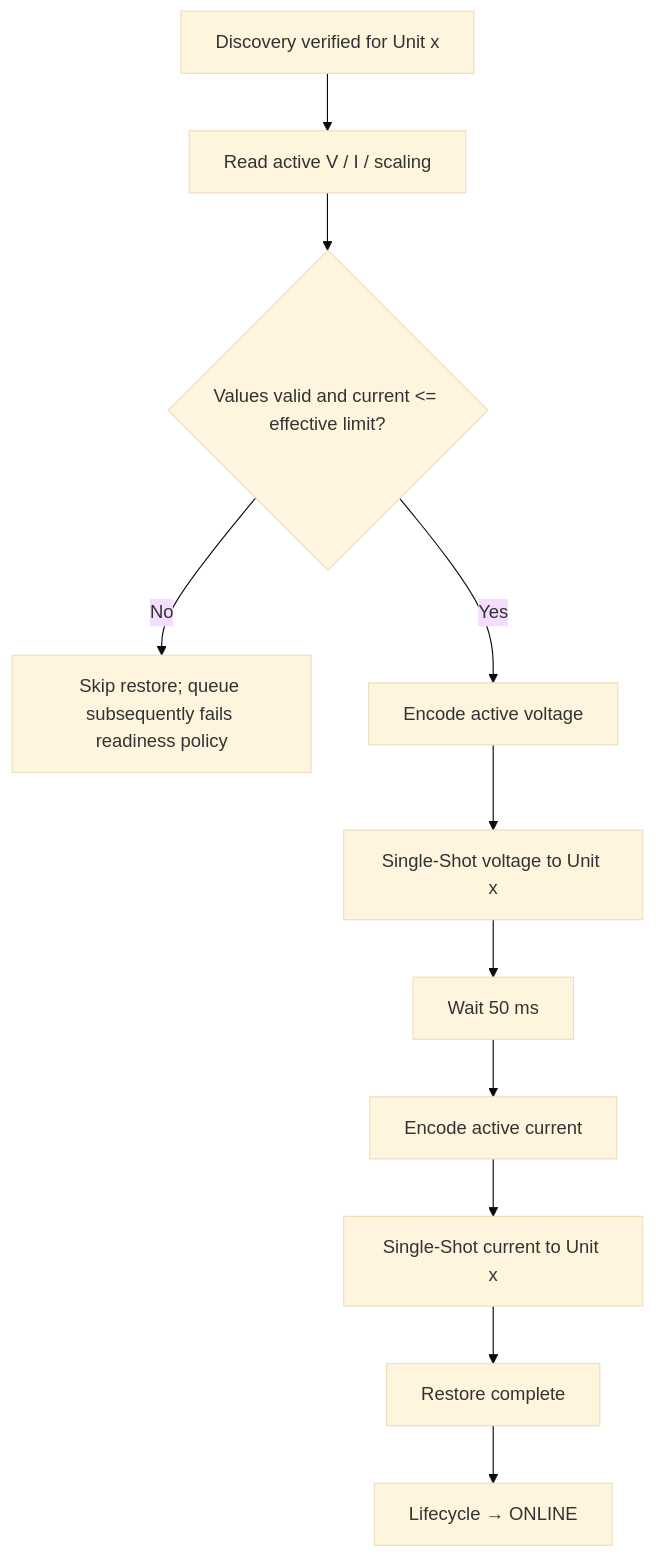
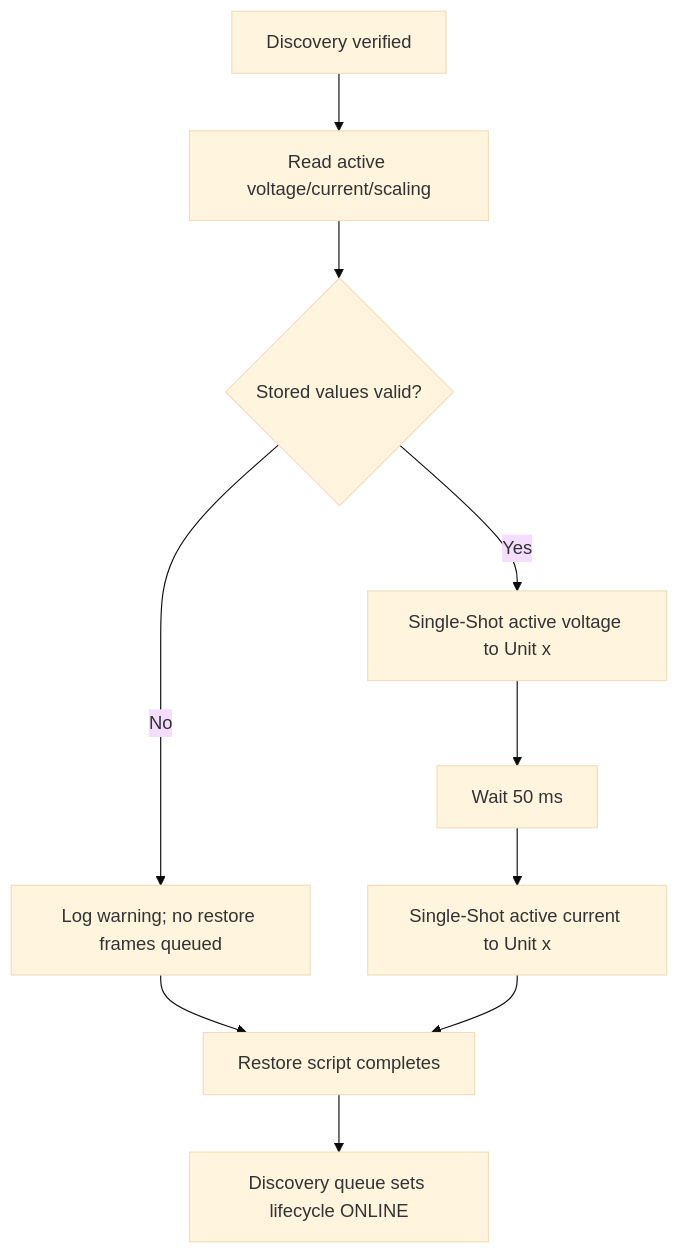
Before and after one commit to anwa/esphome-r4875g1-3phase-charger: diagram 11 of 20 in R4875G1_CONTROL_FLOWS.md, drawn with Mermaid (base theme). The commit also changed other lines of this file, not shown here.

Commit message:
Clarify reconnect restore lifecycle documentation

````diff
--- a/R4875G1_CONTROL_FLOWS.md
+++ b/R4875G1_CONTROL_FLOWS.md
@@ -477,13 +394,12 @@
 ```mermaid
 flowchart TD
-    A[Discovery verified for Unit x] --> B[Read active V / I / scaling]
-    B --> C{Values valid and current <= effective limit?}
-    C -- No --> X[Skip restore; queue subsequently fails readiness policy]
-    C -- Yes --> D[Encode active voltage]
-    D --> E[Single-Shot voltage to Unit x]
+    A[Discovery verified] --> B[Read active voltage/current/scaling]
+    B --> C{Stored values valid?}
+    C -- No --> D[Log warning; no restore frames queued]
+    C -- Yes --> E[Single-Shot active voltage to Unit x]
     E --> F[Wait 50 ms]
-    F --> G[Encode active current]
-    G --> H[Single-Shot current to Unit x]
-    H --> I[Restore complete]
-    I --> J[Lifecycle → ONLINE]
+    F --> G[Single-Shot active current to Unit x]
+    D --> H[Restore script completes]
+    G --> H
+    H --> I[Discovery queue sets lifecycle ONLINE]
 ```
````
